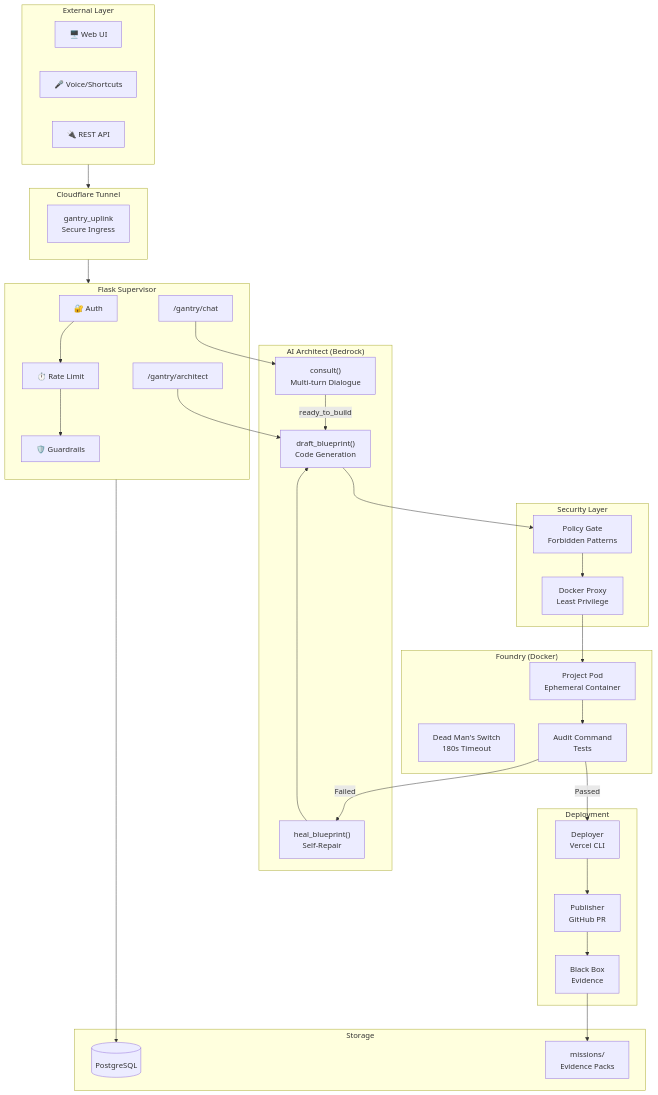
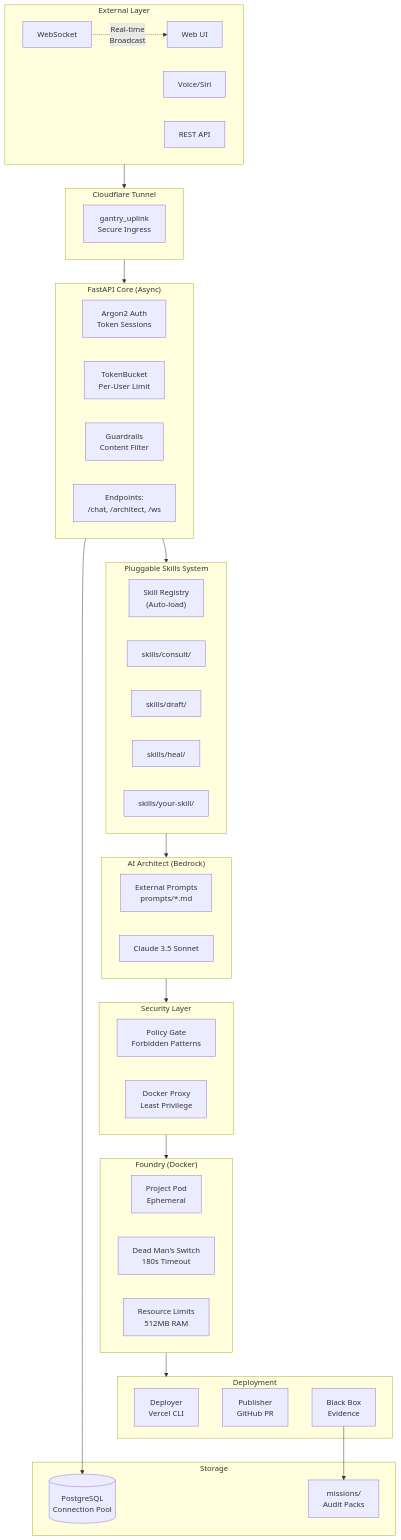
Before and after one commit to Jarvis2021/gantry: the first of 3 diagrams in ARCHITECTURE.md, drawn with Mermaid. The commit also changed other lines of this file and 17 other files, not shown here.

Commit message:
architect improvements

````diff
--- a/ARCHITECTURE.md
+++ b/ARCHITECTURE.md
@@ -17,65 +36,63 @@
 ```mermaid
 flowchart TB
     subgraph External["External Layer"]
-        WebUI["🖥️ Web UI"]
-        Voice["🎤 Voice/Shortcuts"]
-        RESTAPI["🔌 REST API"]
+        WebUI["Web UI"]
+        Voice["Voice/Siri"]
+        API["REST API"]
+        WS["WebSocket"]
     end
 
     subgraph Tunnel["Cloudflare Tunnel"]
         Uplink["gantry_uplink<br/>Secure Ingress"]
     end
 
-    subgraph API["Flask Supervisor"]
-        Auth["🔐 Auth"]
-        RateLimit["⏱️ Rate Limit"]
-        Guard["🛡️ Guardrails"]
-        ChatEP["/gantry/chat"]
-        BuildEP["/gantry/architect"]
+    subgraph FastAPI["FastAPI Core (Async)"]
+        Auth["Argon2 Auth<br/>Token Sessions"]
+        Rate["TokenBucket<br/>Per-User Limit"]
+        Guard["Guardrails<br/>Content Filter"]
+        Endpoints["Endpoints:<br/>/chat, /architect, /ws"]
+    end
+
+    subgraph Skills["Pluggable Skills System"]
+        Registry["Skill Registry<br/>(Auto-load)"]
+        Consult["skills/consult/"]
+        Draft["skills/draft/"]
+        Heal["skills/heal/"]
+        Custom["skills/your-skill/"]
     end
 
     subgraph Brain["AI Architect (Bedrock)"]
-        Consult["consult()<br/>Multi-turn Dialogue"]
-        Draft["draft_blueprint()<br/>Code Generation"]
-        Heal["heal_blueprint()<br/>Self-Repair"]
+        Prompts["External Prompts<br/>prompts/*.md"]
+        Claude["Claude 3.5 Sonnet"]
     end
 
     subgraph Security["Security Layer"]
         Policy["Policy Gate<br/>Forbidden Patterns"]
         Proxy["Docker Proxy<br/>Least Privilege"]
     end
 
     subgraph Foundry["Foundry (Docker)"]
-        Pod["Project Pod<br/>Ephemeral Container"]
+        Pod["Project Pod<br/>Ephemeral"]
         DMS["Dead Man's Switch<br/>180s Timeout"]
-        Audit["Audit Command<br/>Tests"]
+        Limits["Resource Limits<br/>512MB RAM"]
     end
 
     subgraph Deploy["Deployment"]
         Vercel["Deployer<br/>Vercel CLI"]
         GitHub["Publisher<br/>GitHub PR"]
         BB["Black Box<br/>Evidence"]
     end
 
     subgraph Storage["Storage"]
-        DB[(PostgreSQL)]
-        Missions["missions/<br/>Evidence Packs"]
+        DB[(PostgreSQL<br/>Connection Pool)]
+        Missions["missions/<br/>Audit Packs"]
     end
 
-    External --> Tunnel
-    Tunnel --> API
-    Auth --> RateLimit --> Guard
-    ChatEP --> Consult
-    BuildEP --> Draft
-    Consult -->|"ready_to_build"| Draft
-    Draft --> Policy
-    Policy --> Proxy --> Pod
-    Pod --> Audit
-    Audit -->|"Failed"| Heal
-    Heal --> Draft
-    Audit -->|"Passed"| Vercel
-    Vercel --> GitHub
-    GitHub --> BB
-    API --> DB
+    External --> Tunnel --> FastAPI
+    FastAPI --> Skills --> Brain
+    Brain --> Security --> Foundry
+    Foundry --> Deploy
+    FastAPI --> DB
     BB --> Missions
+    WS -.->|"Real-time<br/>Broadcast"| WebUI
 ```
````
